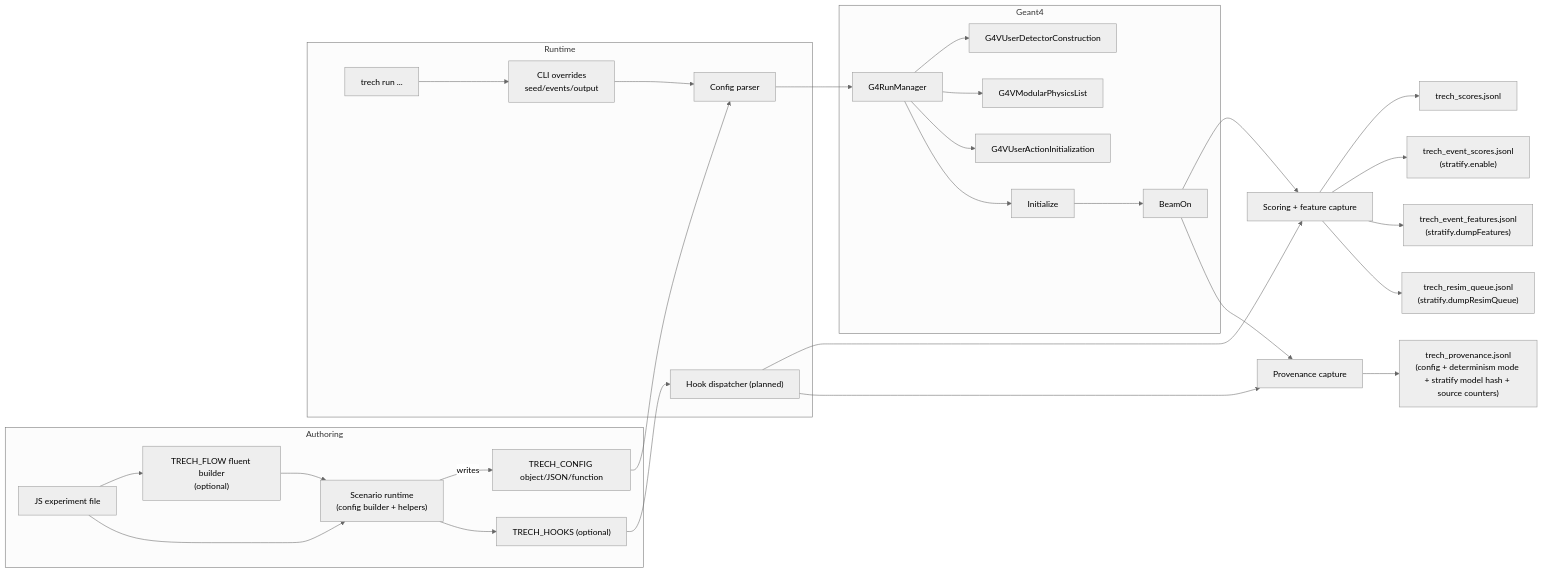
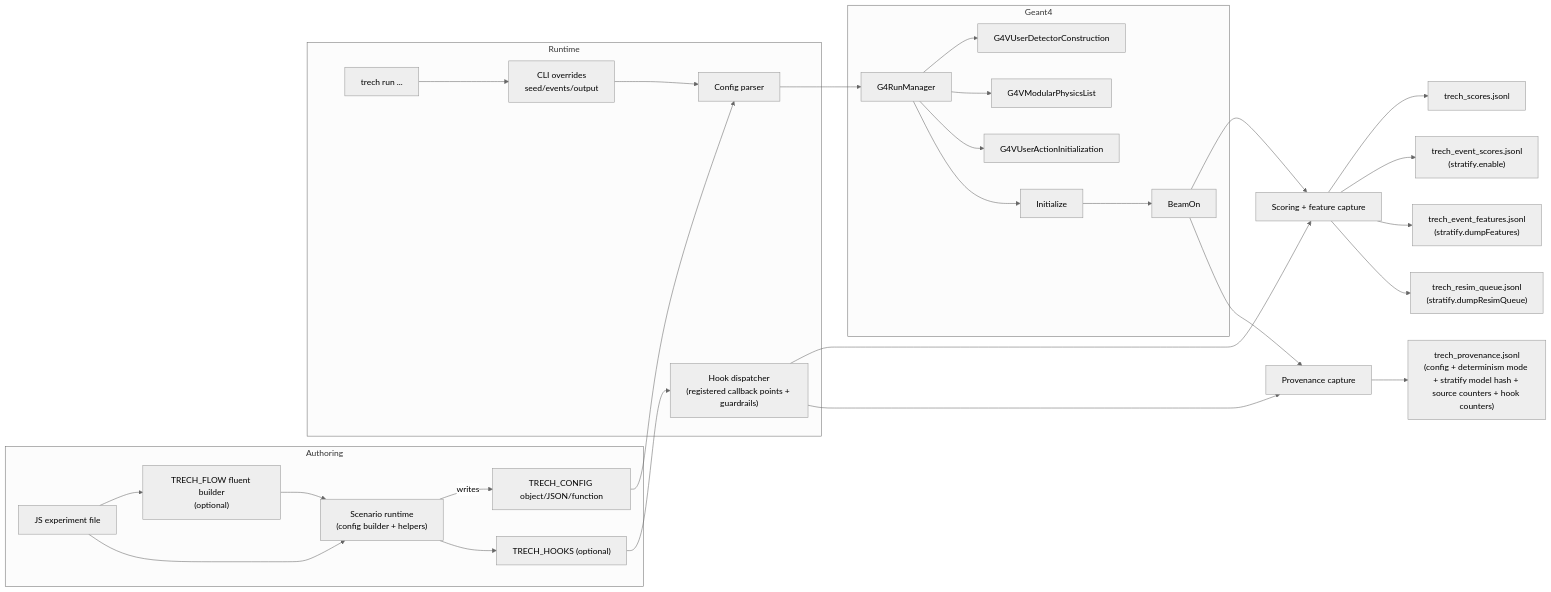
The first of 8 diagrams in CHARTS.md (Geckos-Ink/trech), drawn with Mermaid (neutral theme) before and after one commit. The commit also changed other lines of this file and 19 other files, not shown here.

First line of the commit message:
focused on flow-language authoring in source code.

````diff
--- a/CHARTS.md
+++ b/CHARTS.md
@@ -9,33 +9,33 @@
 ```mermaid
 flowchart LR
   subgraph Authoring
     JS["JS experiment file"] --> FLOW["TRECH_FLOW fluent builder\n(optional)"]
     JS --> SCEN["Scenario runtime\n(config builder + helpers)"]
     FLOW --> SCEN
     SCEN -->|writes| CFG["TRECH_CONFIG object/JSON/function"]
     SCEN --> HOOKS["TRECH_HOOKS (optional)"]
   end
   subgraph Runtime
     CLI["trech run ..."] --> OV["CLI overrides\nseed/events/output"]
     CFG --> PARSE["Config parser"]
     OV --> PARSE
-    HOOKS --> HOOKDISP["Hook dispatcher (planned)"]
+    HOOKS --> HOOKDISP["Hook dispatcher\n(registered callback points + guardrails)"]
   end
   subgraph Geant4
     PARSE --> RM["G4RunManager"]
     RM --> DET["G4VUserDetectorConstruction"]
     RM --> PHY["G4VModularPhysicsList"]
     RM --> ACT["G4VUserActionInitialization"]
     RM --> INIT["Initialize"]
     INIT --> BEAM["BeamOn"]
   end
   BEAM --> SCORE["Scoring + feature capture"]
   BEAM --> PROV["Provenance capture"]
   HOOKDISP --> SCORE
   HOOKDISP --> PROV
   SCORE --> OUT1["trech_scores.jsonl"]
   SCORE --> OUT2["trech_event_scores.jsonl\n(stratify.enable)"]
   SCORE --> OUT3["trech_event_features.jsonl\n(stratify.dumpFeatures)"]
   SCORE --> OUT4["trech_resim_queue.jsonl\n(stratify.dumpResimQueue)"]
-  PROV --> OUT5["trech_provenance.jsonl\n(config + determinism mode + stratify model hash + source counters)"]
+  PROV --> OUT5["trech_provenance.jsonl\n(config + determinism mode + stratify model hash + source counters + hook counters)"]
 ```
````
